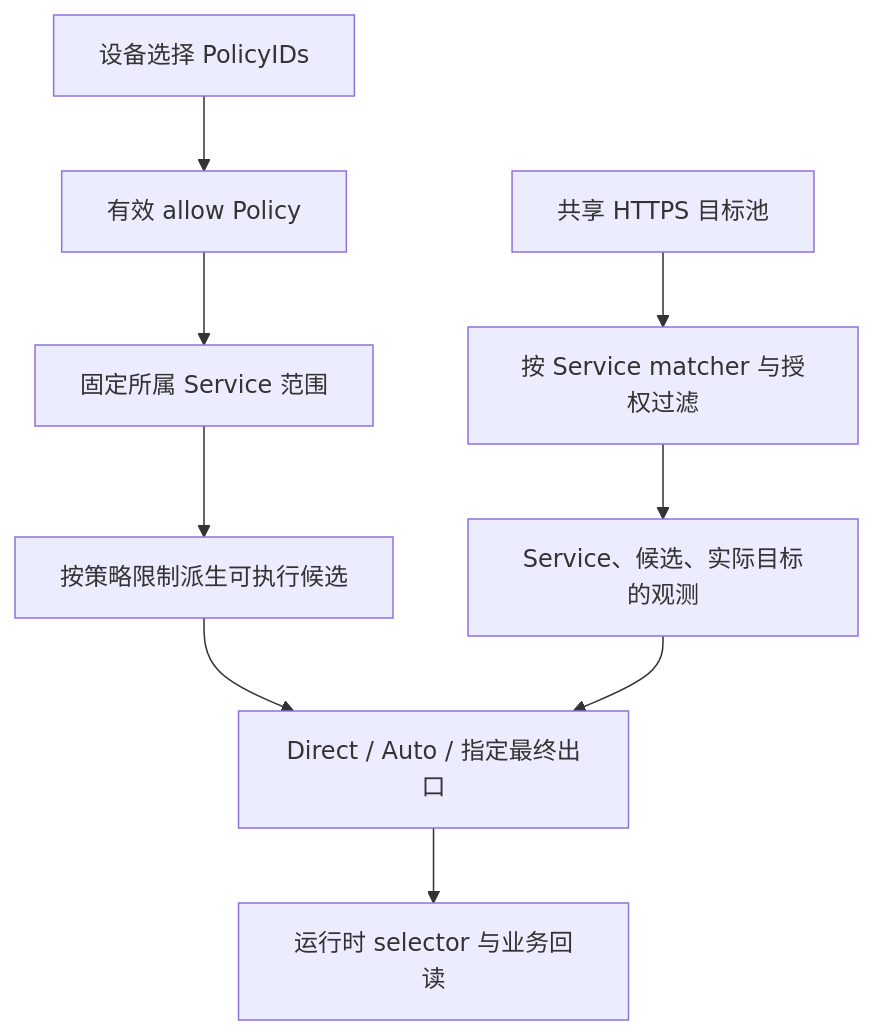
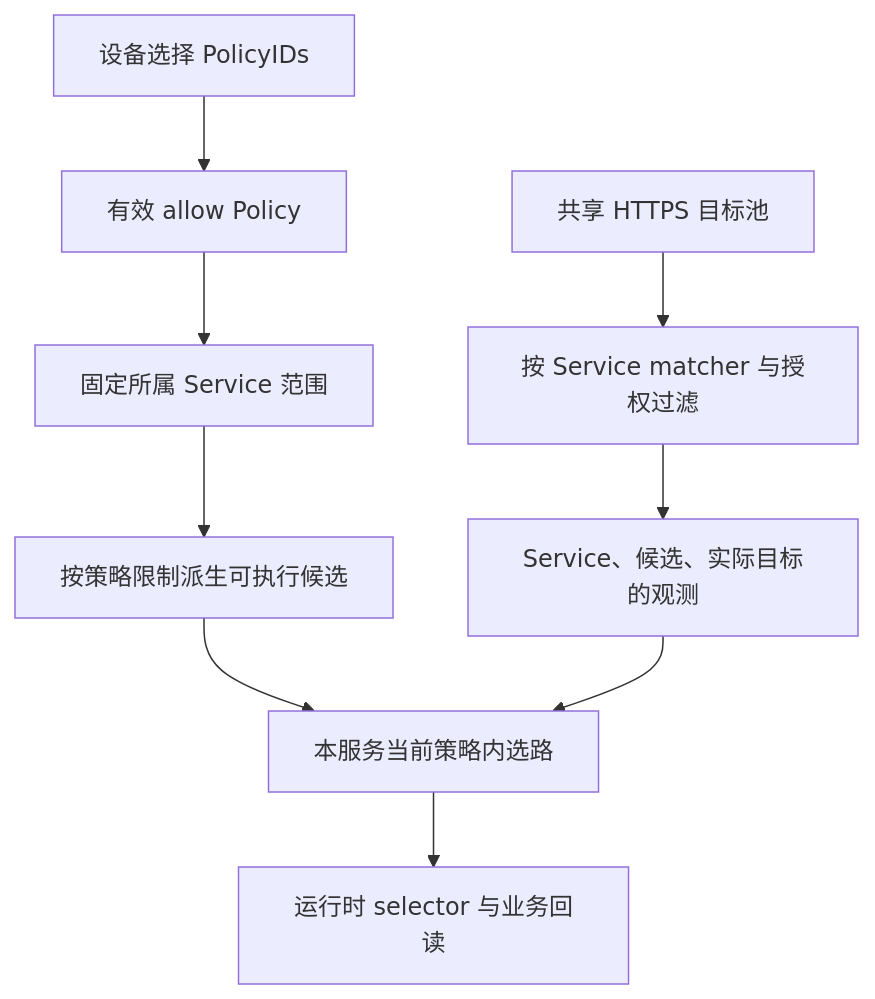
The sixth of 7 diagrams in docs/core/control-model.md (Scisaga/loom), drawn with Mermaid before and after one commit. The commit also changed other lines of this file and 148 other files, not shown here.

````diff
--- a/docs/core/control-model.md
+++ b/docs/core/control-model.md
@@ -800,11 +821,11 @@
 ```mermaid
 flowchart TD
     D["设备选择 PolicyIDs"] --> P["有效 allow Policy"]
     P --> S["固定所属 Service 范围"]
     S --> C["按策略限制派生可执行候选"]
     T["共享 HTTPS 目标池"] --> F["按 Service matcher 与授权过滤"]
     F --> O["Service、候选、实际目标的观测"]
-    C --> X["Direct / Auto / 指定最终出口"]
+    C --> X["本服务当前策略内选路"]
     O --> X
     X --> R["运行时 selector 与业务回读"]
 ```
````
